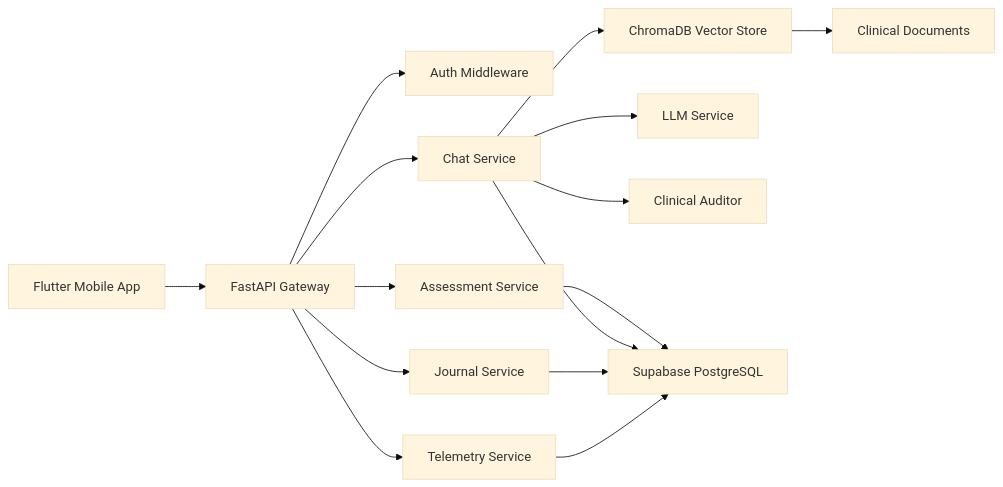
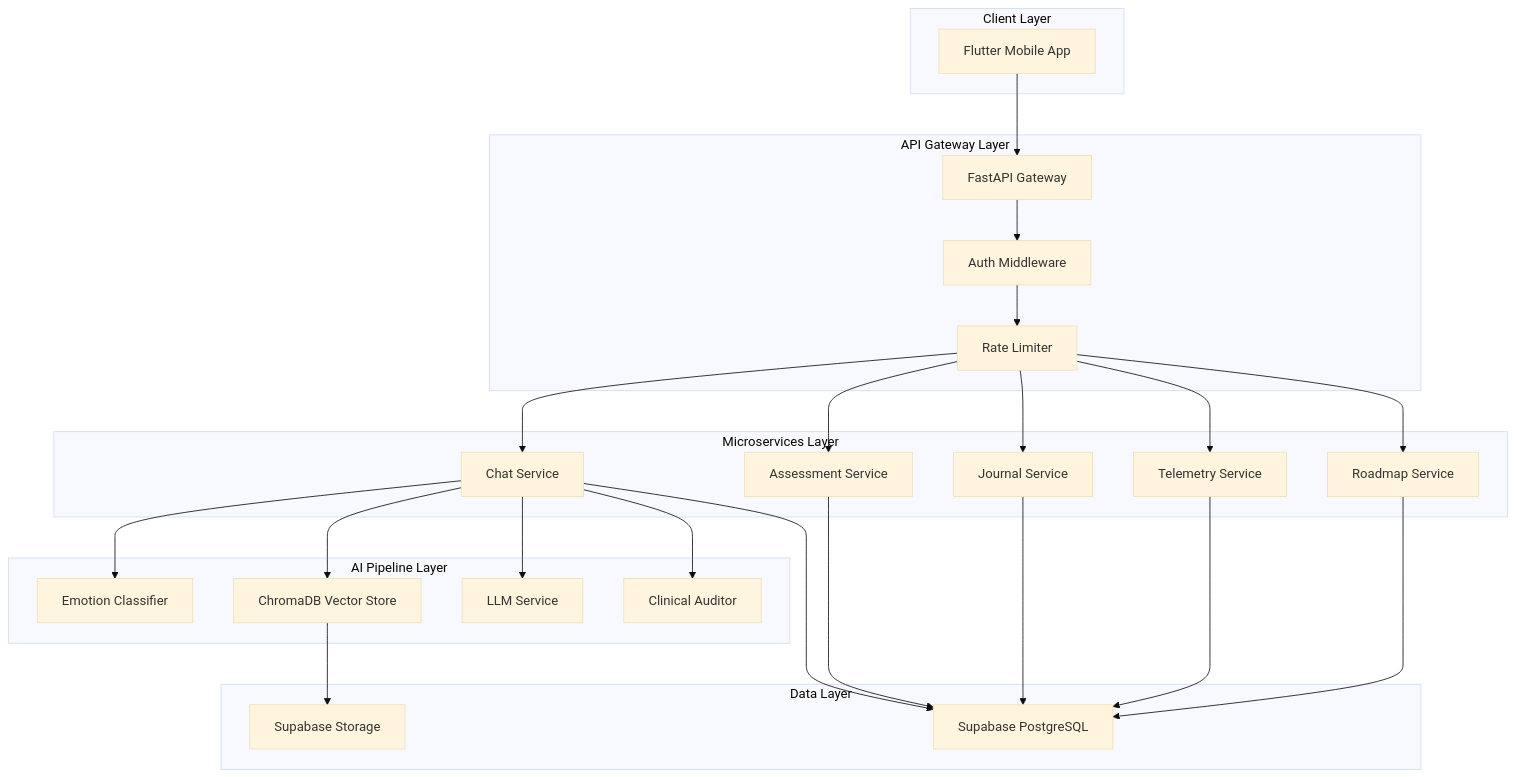
Before and after one commit to Upheal1/UpHeal-Doc: the first of 7 diagrams in chapters/03-methodology.qmd, drawn with Mermaid (base theme). The commit also changed other lines of this file and 13 other files, not shown here.

````diff
--- a/chapters/03-methodology.qmd
+++ b/chapters/03-methodology.qmd
@@ -11,17 +9,51 @@
 ```{mermaid}
-flowchart LR
-    A[Flutter Mobile App] --> B[FastAPI Gateway]
-    B --> C[Auth Middleware]
-    B --> D[Assessment Service]
-    B --> E[Chat Service]
-    B --> F[Journal Service]
-    B --> G[Telemetry Service]
-    E --> H[ChromaDB Vector Store]
-    E --> I[LLM Service]
-    E --> J[Clinical Auditor]
-    D --> K[Supabase PostgreSQL]
+flowchart TB
+    subgraph Client_Layer ["Client Layer"]
+        A[Flutter Mobile App]
+    end
+    
+    subgraph API_Gateway ["API Gateway Layer"]
+        B[FastAPI Gateway]
+        C[Auth Middleware]
+        D[Rate Limiter]
+    end
+    
+    subgraph Microservices ["Microservices Layer"]
+        E[Chat Service]
+        F[Assessment Service]
+        G[Journal Service]
+        H[Telemetry Service]
+        I[Roadmap Service]
+    end
+    
+    subgraph AI_Pipeline ["AI Pipeline Layer"]
+        J[Emotion Classifier]
+        K[ChromaDB Vector Store]
+        L[LLM Service]
+        M[Clinical Auditor]
+    end
+    
+    subgraph Data_Layer ["Data Layer"]
+        N[Supabase PostgreSQL]
+        O[Supabase Storage]
+    end
+    
+    A --> B
+    B --> C
+    C --> D
+    D --> E
+    D --> F
+    D --> G
+    D --> H
+    D --> I
+    E --> J
     E --> K
-    F --> K
-    G --> K
-    H --> L[Clinical Documents]
+    E --> L
+    E --> M
+    F --> N
+    E --> N
+    G --> N
+    H --> N
+    I --> N
+    K --> O
 ```
````
